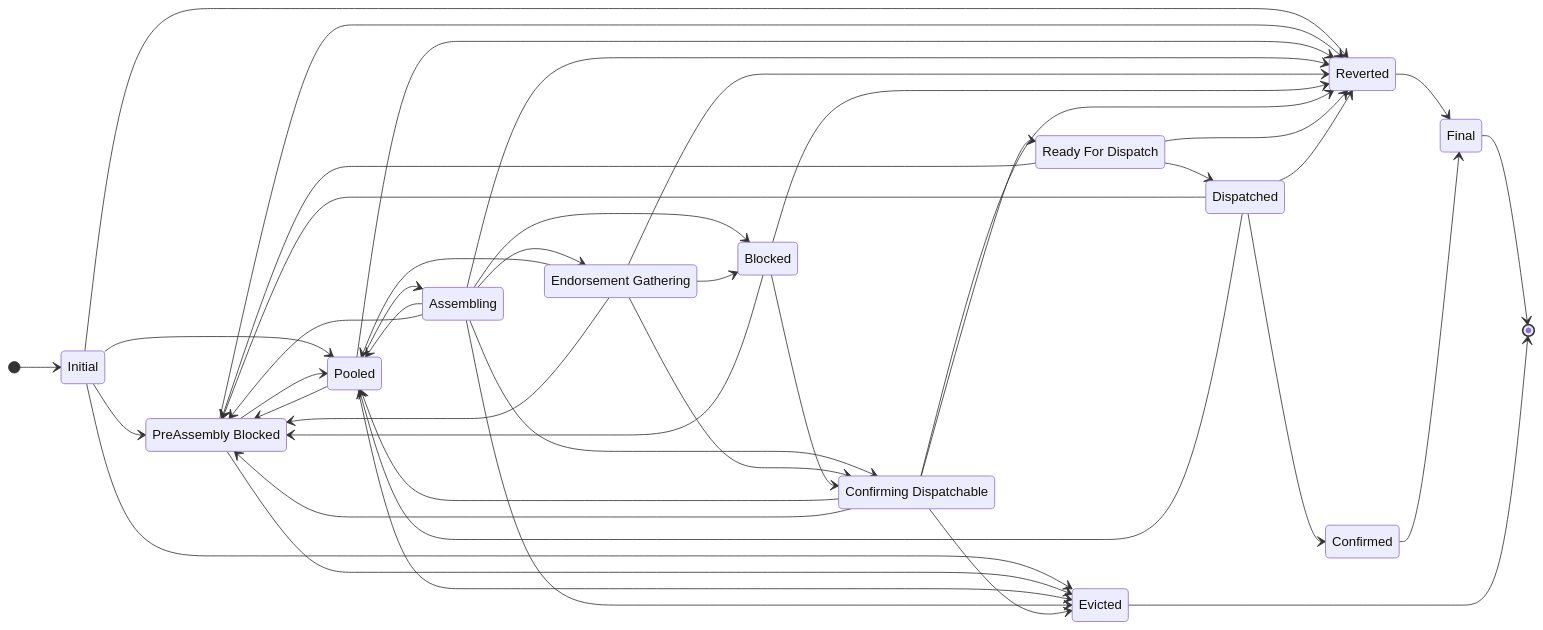
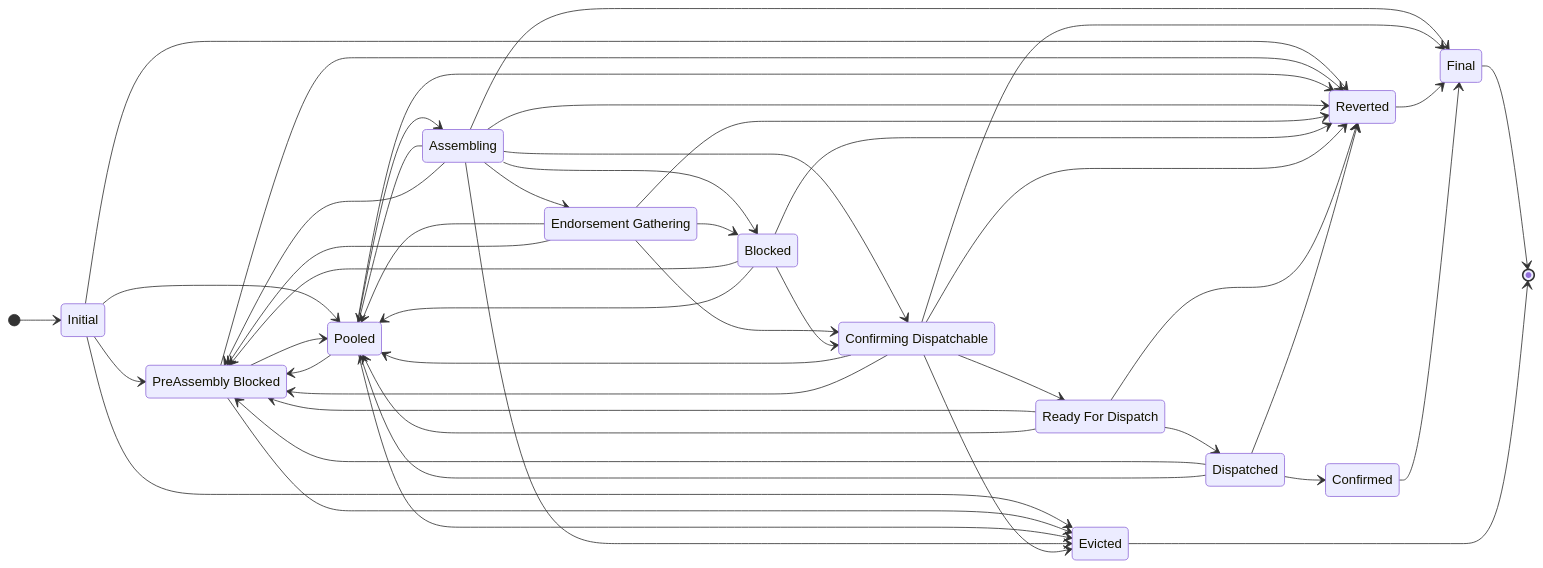
The second of 4 diagrams in doc-site/docs/architecture/distributed_sequencer_state_machine.md (yosrahelal/paladin), drawn with Mermaid before and after one commit. The commit also changed other lines of this file and 14 other files, not shown here.

````diff
--- a/doc-site/docs/architecture/distributed_sequencer_state_machine.md
+++ b/doc-site/docs/architecture/distributed_sequencer_state_machine.md
@@ -62,52 +63,56 @@
 ```mermaid
 %%{init: {'themeVariables': {'background': 'transparent'}}}%%
 stateDiagram-v2
     direction LR
     state "PreAssembly Blocked" as PreAssembly_Blocked
     state "Endorsement Gathering" as Endorsement_Gathering
     state "Confirming Dispatchable" as Confirming_Dispatchable
     state "Ready For Dispatch" as Ready_For_Dispatch
     [*] --> Initial
     Initial --> Reverted
     Initial --> Evicted
     Initial --> PreAssembly_Blocked
     Initial --> Pooled
     PreAssembly_Blocked --> Pooled
     PreAssembly_Blocked --> Reverted
     PreAssembly_Blocked --> Evicted
     Pooled --> Assembling
     Pooled --> PreAssembly_Blocked
     Pooled --> Reverted
     Pooled --> Evicted
     Assembling --> Endorsement_Gathering
     Assembling --> Confirming_Dispatchable
     Assembling --> Blocked
     Assembling --> Pooled
     Assembling --> Reverted
     Assembling --> Evicted
+    Assembling --> Final
     Assembling --> PreAssembly_Blocked
     Endorsement_Gathering --> Confirming_Dispatchable
     Endorsement_Gathering --> Blocked
     Endorsement_Gathering --> Pooled
     Endorsement_Gathering --> PreAssembly_Blocked
     Endorsement_Gathering --> Reverted
     Blocked --> Confirming_Dispatchable
     Blocked --> PreAssembly_Blocked
+    Blocked --> Pooled
     Blocked --> Reverted
     Confirming_Dispatchable --> Ready_For_Dispatch
     Confirming_Dispatchable --> Pooled
     Confirming_Dispatchable --> Evicted
+    Confirming_Dispatchable --> Final
     Confirming_Dispatchable --> PreAssembly_Blocked
     Confirming_Dispatchable --> Reverted
     Ready_For_Dispatch --> Dispatched
     Ready_For_Dispatch --> PreAssembly_Blocked
+    Ready_For_Dispatch --> Pooled
     Ready_For_Dispatch --> Reverted
     Dispatched --> Confirmed
     Dispatched --> PreAssembly_Blocked
     Dispatched --> Pooled
     Dispatched --> Reverted
     Reverted --> Final
     Confirmed --> Final
     Final --> [*]
     Evicted --> [*]
 ```
````
